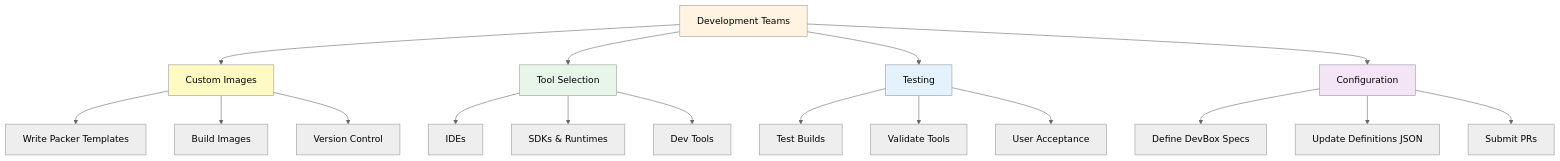
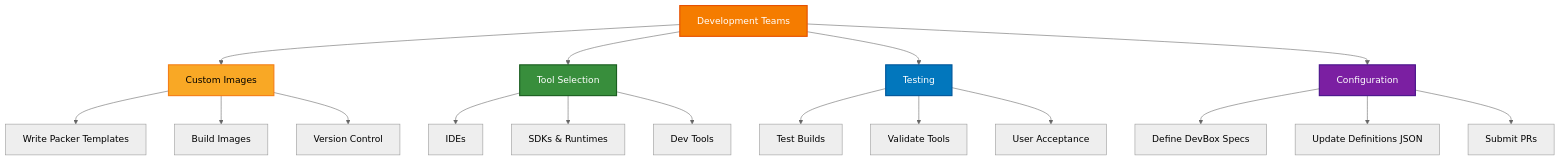
One commit to aj-enns/microsoft.devcenter changed the eighth of 16 diagrams in terraform/devbox-with-multi-images-and-roles/docs/ARCHITECTURE-DIAGRAMS.md. Above: the diagram before and after it, drawn with Mermaid (neutral theme). The commit also changed other lines of this file, not shown here.

Commit message:
style: Update architecture diagrams with new color scheme for improved clarity

````diff
--- a/terraform/devbox-with-multi-images-and-roles/docs/ARCHITECTURE-DIAGRAMS.md
+++ b/terraform/devbox-with-multi-images-and-roles/docs/ARCHITECTURE-DIAGRAMS.md
@@ -311,29 +311,29 @@
 ```mermaid
 graph TB
     A[Development Teams] --> B[Custom Images]
     A --> C[Tool Selection]
     A --> D[Testing]
     A --> E[Configuration]
     
     B --> B1[Write Packer Templates]
     B --> B2[Build Images]
     B --> B3[Version Control]
     
     C --> C1[IDEs]
     C --> C2[SDKs & Runtimes]
     C --> C3[Dev Tools]
     
     D --> D1[Test Builds]
     D --> D2[Validate Tools]
     D --> D3[User Acceptance]
     
     E --> E1[Define DevBox Specs]
     E --> E2[Update Definitions JSON]
     E --> E3[Submit PRs]
     
-    style A fill:#fff4e1
-    style B fill:#fff9c4
-    style C fill:#e8f5e9
-    style D fill:#e3f2fd
-    style E fill:#f3e5f5
+    style A fill:#f57c00,stroke:#e65100,stroke-width:2px,color:#fff
+    style B fill:#f9a825,stroke:#f57f17,stroke-width:2px,color:#000
+    style C fill:#388e3c,stroke:#1b5e20,stroke-width:2px,color:#fff
+    style D fill:#0277bd,stroke:#01579b,stroke-width:2px,color:#fff
+    style E fill:#7b1fa2,stroke:#4a148c,stroke-width:2px,color:#fff
 ```
````
